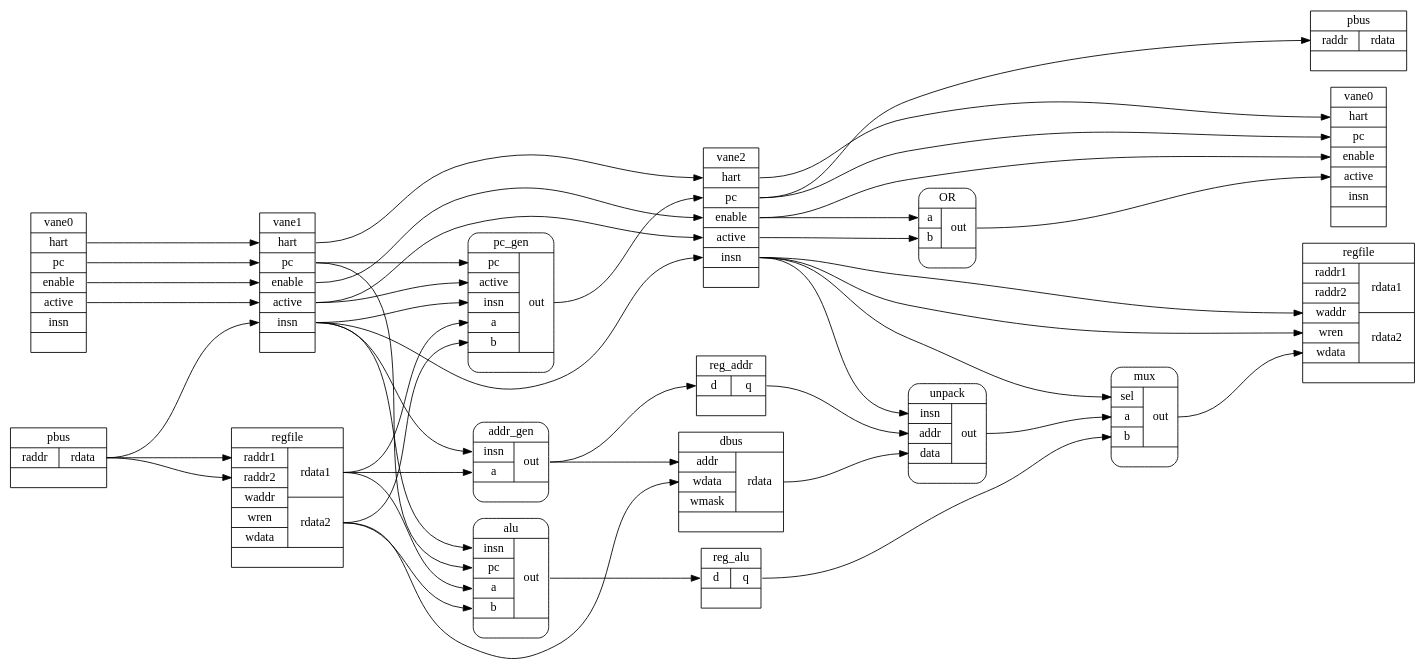
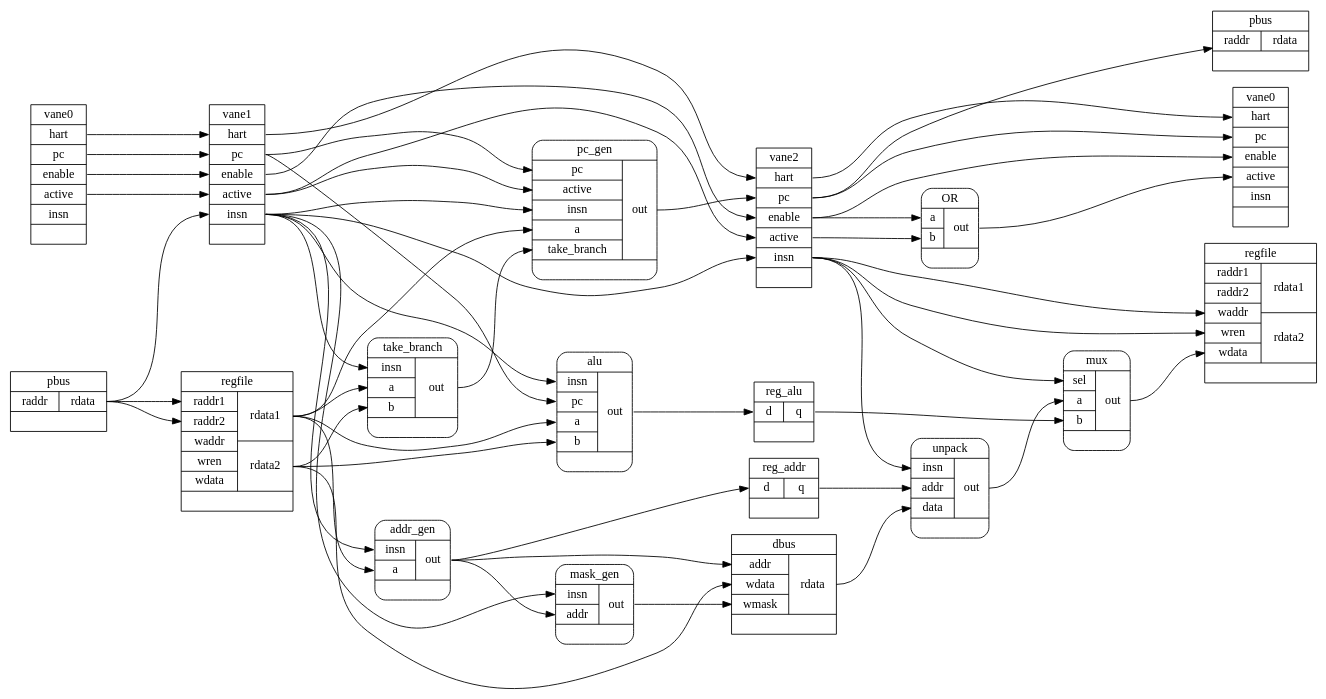
The diagram in pinwheel_diagram.dot (aappleby/pinwheel), drawn with Graphviz before and after one commit. The commit also changed 5 other files, not shown here.

```diff
--- a/pinwheel_diagram.dot
+++ b/pinwheel_diagram.dot
@@ -1,135 +1,160 @@
 digraph G {
     rankdir="LR"
-    ranksep=2
-    //splines=false
+    ranksep=1.2
 
     rank="same" {
         vane0
         pbus_l
     }
 
     rank="same" {
         vane1
         regfile_r
     }
 
     rank="same" {
         vane2
         reg_alu
         reg_addr
         dbus
     }
 
-
     rank="same" {
         vane3
         regfile_w
         pbus_r
+    }
+
+    rank="same" {
+        take_branch
+        addr_gen
+    }
+
+    rank="same" {
+        alu
+        mask_gen
+        pc_gen
     }
 
     //----------
 
     vane0 [shape="record" label="<top>vane0|<hart>hart|<pc>pc|<enable>enable|<active>active|<insn>insn|"]
 
     vane0:hart   -> vane1:hart
     vane0:pc     -> vane1:pc
     vane0:enable -> vane1:enable
     vane0:active -> vane1:active
 
     //----------
 
     vane1 [shape="record" label="<top>vane1|<hart>hart|<pc>pc|<enable>enable|<active>active|<insn>insn|"]
 
     vane1:hart   -> vane2:hart
     vane1:pc     -> alu:pc
     vane1:pc     -> pc_gen:pc
     vane1:enable -> vane2:enable
     vane1:active -> vane2:active
     vane1:active -> pc_gen:active
     vane1:insn   -> vane2:insn
     vane1:insn   -> addr_gen:insn
     vane1:insn   -> alu:insn
     vane1:insn   -> pc_gen:insn
 
     //----------
 
     vane2 [shape="record" label="<top>vane2|<hart>hart|<pc>pc|<enable>enable|<active>active|<insn>insn|"]
 
     vane2:hart   -> vane3:hart
     vane2:pc     -> vane3:pc
     vane2:pc     -> pbus_r:addr
     vane2:insn   -> writeback_mux:sel
     vane2:insn   -> regfile_w:wren
     vane2:insn   -> regfile_w:waddr
     vane2:insn   -> unpack:insn
     vane2:enable -> vane3:enable
     vane2:enable -> OR:a
     vane2:active -> OR:b
 
     OR [shape="Mrecord" label="OR|{{<a>a|<b>b}|{<out>out}}|"]
     OR:out -> vane3:active
 
     //----------
 
+
     vane3 [shape="record" label="<top>vane0|<hart>hart|<pc>pc|<enable>enable|<active>active|<insn>insn|"]
+
+    //----------
+
+    take_branch [shape="Mrecord" label="<top>take_branch|{{<insn>insn|<a>a|<b>b}|<out>out}|"]
+
+    vane1:insn -> take_branch:insn
+    regfile_r:rdata1 -> take_branch:a
+    regfile_r:rdata2 -> take_branch:b
+    take_branch:out -> pc_gen:take_branch
 
     //----------
 
     addr_gen [shape="Mrecord" label="<top>addr_gen|{{<insn>insn|<a>a}|<out>out}|"]
     addr_gen:out -> dbus:addr
     addr_gen:out -> reg_addr:d
+
+    mask_gen [shape="Mrecord" label="<top>mask_gen|{{<insn>insn|<addr>addr}|<out>out}|"]
+    vane1:insn -> mask_gen:insn
+    addr_gen:out -> mask_gen:addr
+    mask_gen:out -> dbus:wmask
 
     //----------
 
     pbus_l [shape="record" label="<top>pbus|{<raddr>raddr|<rdata>rdata}|"]
     pbus_r [shape="record" label="<top>pbus|{<raddr>raddr|<rdata>rdata}|"]
     pbus_l:rdata -> regfile_r:raddr1
     pbus_l:rdata -> regfile_r:raddr2
     pbus_l:rdata -> vane1:insn
 
     //----------
 
     dbus [shape="record" label="<top>dbus|{{<addr>addr|<wdata>wdata|<wmask>wmask}|<rdata>rdata}|"]
     dbus:rdata -> unpack:data
 
     //----------
 
     regfile_r [shape="record" label="<top>regfile|{{<raddr1>raddr1|<raddr2>raddr2|<waddr>waddr|<wren>wren|<wdata>wdata}|{<rdata1>rdata1|<rdata2>rdata2}}|"]
     regfile_w [shape="record" label="<top>regfile|{{<raddr1>raddr1|<raddr2>raddr2|<waddr>waddr|<wren>wren|<wdata>wdata}|{<rdata1>rdata1|<rdata2>rdata2}}|"];
     regfile_r:rdata1 -> addr_gen:a
     regfile_r:rdata2 -> dbus:wdata
     regfile_r:rdata1 -> alu:a
     regfile_r:rdata2 -> alu:b
     regfile_r:rdata1 -> pc_gen:a
-    regfile_r:rdata2 -> pc_gen:b
+
+    //----------
 
     //----------
 
     reg_addr [shape="record" label="<top>reg_addr|{<d>d|<q>q}|"]
     reg_addr:q -> unpack:addr
 
     //----------
 
     unpack  [shape="Mrecord" label="unpack|{{<insn>insn|<addr>addr|<data>data} | <out>out } |"]
     unpack:out        -> writeback_mux:a
 
     //----------
 
     alu [shape="Mrecord" label="alu|{{<insn>insn|<pc>pc|<a>a|<b>b}|<out>out}|"]
     alu:out -> reg_alu:d
 
     //----------
 
-    pc_gen [shape="Mrecord" label="<top>pc_gen|{ {<pc>pc|<active>active|<insn>insn|<a>a|<b>b} | <out>out }|"]
+    pc_gen [shape="Mrecord" label="<top>pc_gen|{ {<pc>pc|<active>active|<insn>insn|<a>a|<take_branch>take_branch} | <out>out }|"]
     pc_gen:out -> vane2:pc
 
     //----------
 
     reg_alu [shape="record" label="<top>reg_alu|{<d>d|<q>q}|"]
     reg_alu:q         -> writeback_mux:b
 
     //----------
 
     writeback_mux [shape="Mrecord" label="mux|{{<sel>sel|<a>a|<b>b} | <out>out }|"]
     writeback_mux:out -> regfile_w:wdata
 }
```
